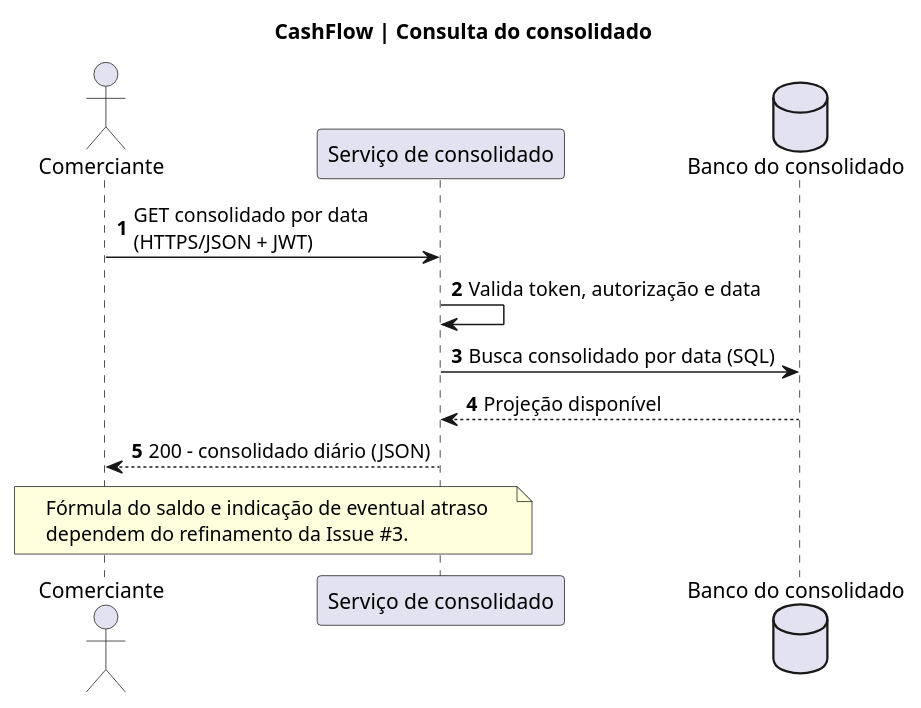
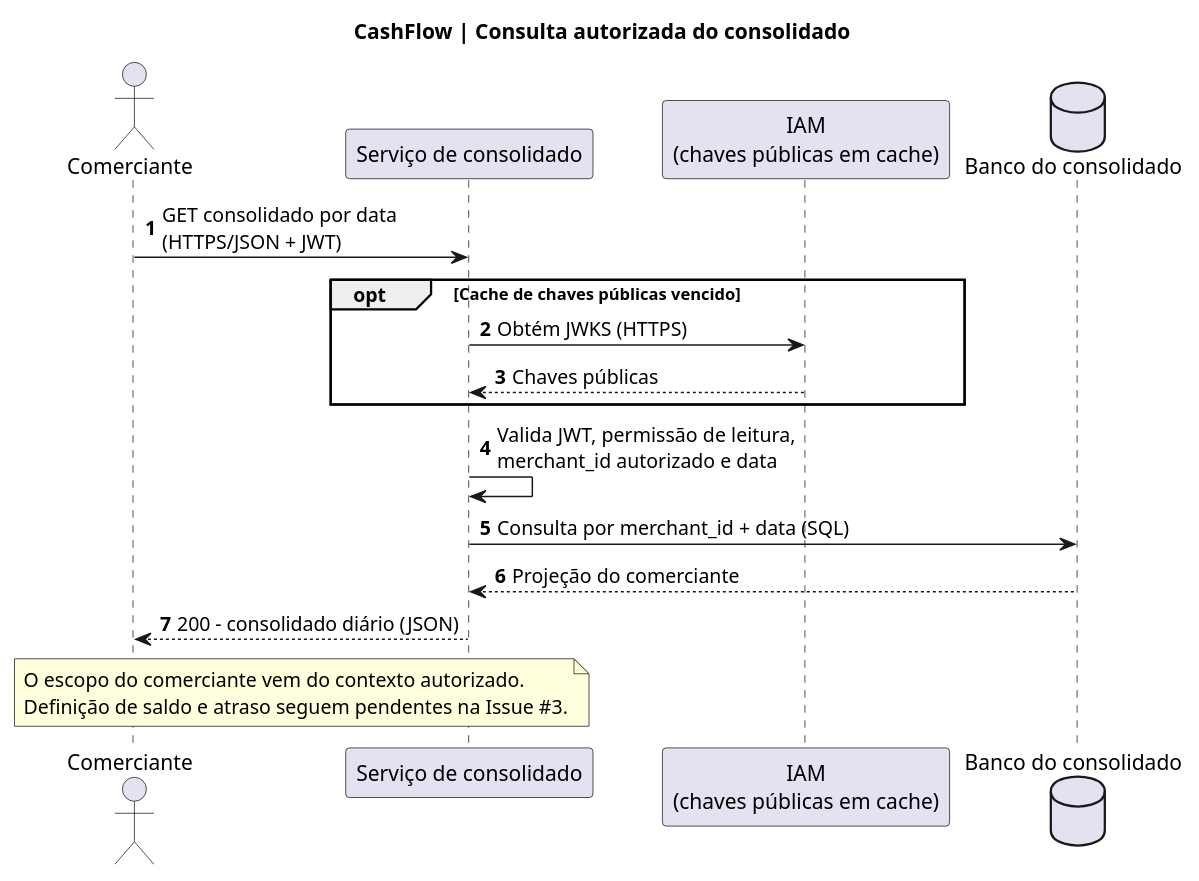
One commit to wolwerr/CashFlow-Architecture changed the diagram in docs/architecture/plantuml/sequence-query.puml. Above: the diagram before and after it, drawn with PlantUML.

Commit message:
docs: align data model and sequences with IAM and merchant isolation (#6)

```diff
--- a/docs/architecture/plantuml/sequence-query.puml
+++ b/docs/architecture/plantuml/sequence-query.puml
@@ -1,16 +1,21 @@
 @startuml CashFlow_Query
-title CashFlow | Consulta do consolidado
+title CashFlow | Consulta autorizada do consolidado
 autonumber
 actor Comerciante
 participant "Serviço de consolidado" as C
+participant "IAM\n(chaves públicas em cache)" as IAM
 database "Banco do consolidado" as B
 Comerciante -> C: GET consolidado por data\n(HTTPS/JSON + JWT)
-C -> C: Valida token, autorização e data
-C -> B: Busca consolidado por data (SQL)
-B --> C: Projeção disponível
+opt Cache de chaves públicas vencido
+  C -> IAM: Obtém JWKS (HTTPS)
+  IAM --> C: Chaves públicas
+end
+C -> C: Valida JWT, permissão de leitura,\nmerchant_id autorizado e data
+C -> B: Consulta por merchant_id + data (SQL)
+B --> C: Projeção do comerciante
 C --> Comerciante: 200 - consolidado diário (JSON)
 note over Comerciante,C
-Fórmula do saldo e indicação de eventual atraso
-dependem do refinamento da Issue #3.
+O escopo do comerciante vem do contexto autorizado.
+Definição de saldo e atraso seguem pendentes na Issue #3.
 end note
 @enduml
```
